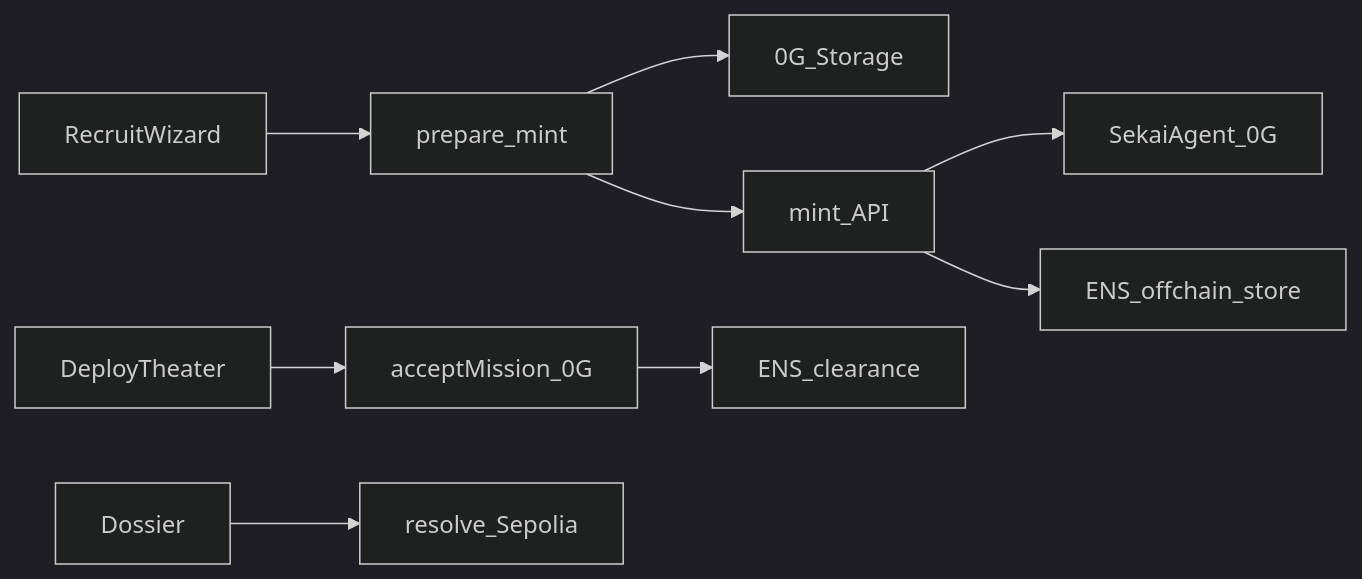
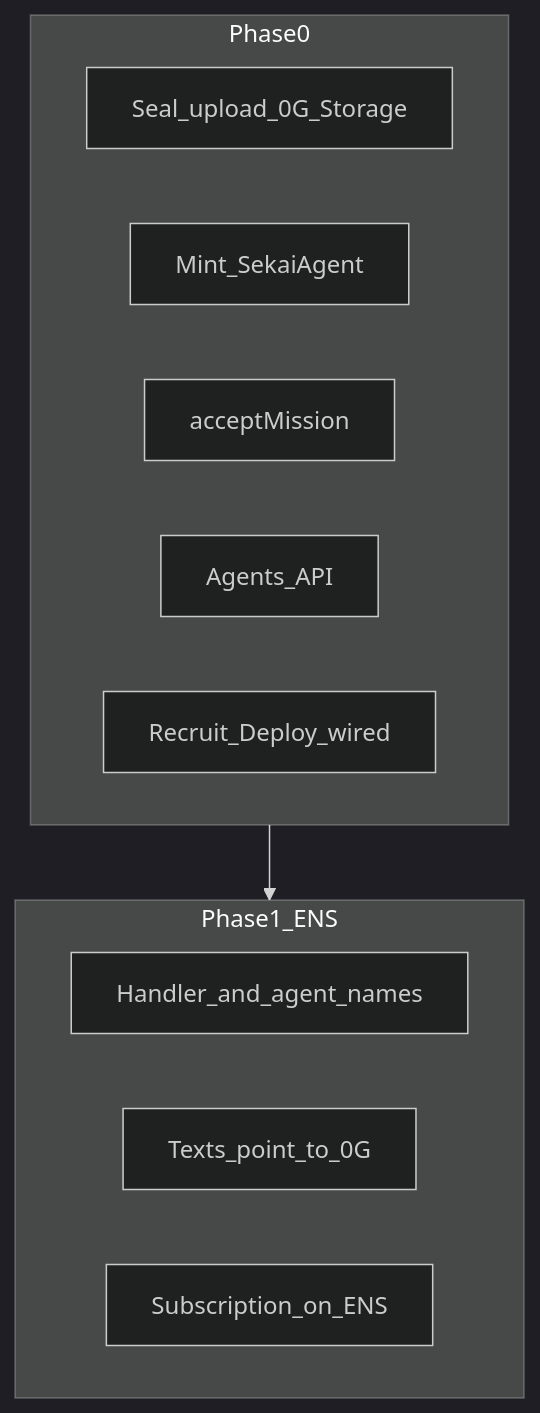
Before and after one commit to chevoisiatesalvati/sekaigent: the diagram in docs/ens-roadmap.md, drawn with Mermaid (dark theme). The commit also changed other lines of this file, not shown here.

````diff
--- a/docs/ens-roadmap.md
+++ b/docs/ens-roadmap.md
@@ -62,11 +18,16 @@
 ```mermaid
-flowchart LR
-  RecruitUI[RecruitWizard] --> SealAPI[prepare_mint]
-  SealAPI --> OgStorage[0G_Storage]
-  SealAPI --> MintAPI[mint_API]
-  MintAPI --> SekaiAgent[SekaiAgent_0G]
-  MintAPI --> EnsWrite[ENS_offchain_store]
-  DeployUI[DeployTheater] --> AcceptTx[acceptMission_0G]
-  AcceptTx --> Clearance[ENS_clearance]
-  UI[Dossier] --> EnsRead[resolve_Sepolia]
+flowchart TB
+  subgraph pre [Phase0]
+    Seal[Seal_upload_0G_Storage]
+    Mint[Mint_SekaiAgent]
+    Accept[acceptMission]
+    API[Agents_API]
+    Web[Recruit_Deploy_wired]
+  end
+  subgraph ens [Phase1_ENS]
+    Names[Handler_and_agent_names]
+    Records[Texts_point_to_0G]
+    Sub[Subscription_on_ENS]
+  end
+  pre --> ens
 ```
````
